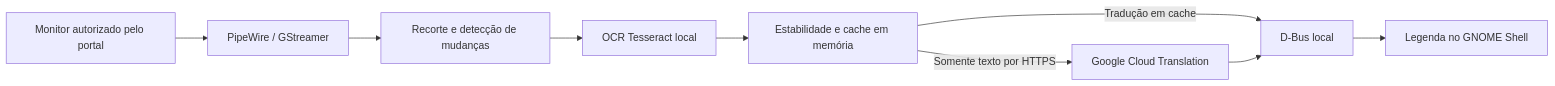
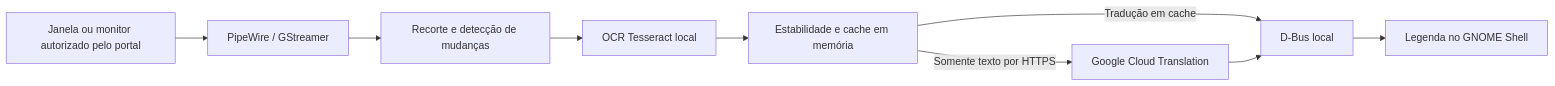
Before and after one commit to leozanchett/pixellingo: the diagram in README.md, drawn with Mermaid. The commit also changed other lines of this file and 16 other files, not shown here.

````diff
--- a/README.md
+++ b/README.md
@@ -41,11 +41,11 @@
 ```mermaid
 flowchart LR
-    A[Monitor autorizado pelo portal] --> B[PipeWire / GStreamer]
+    A[Janela ou monitor autorizado pelo portal] --> B[PipeWire / GStreamer]
     B --> C[Recorte e detecção de mudanças]
     C --> D[OCR Tesseract local]
     D --> E[Estabilidade e cache em memória]
     E -->|Somente texto por HTTPS| F[Google Cloud Translation]
     E -->|Tradução em cache| G[D-Bus local]
     F --> G
     G --> H[Legenda no GNOME Shell]
 ```
````
